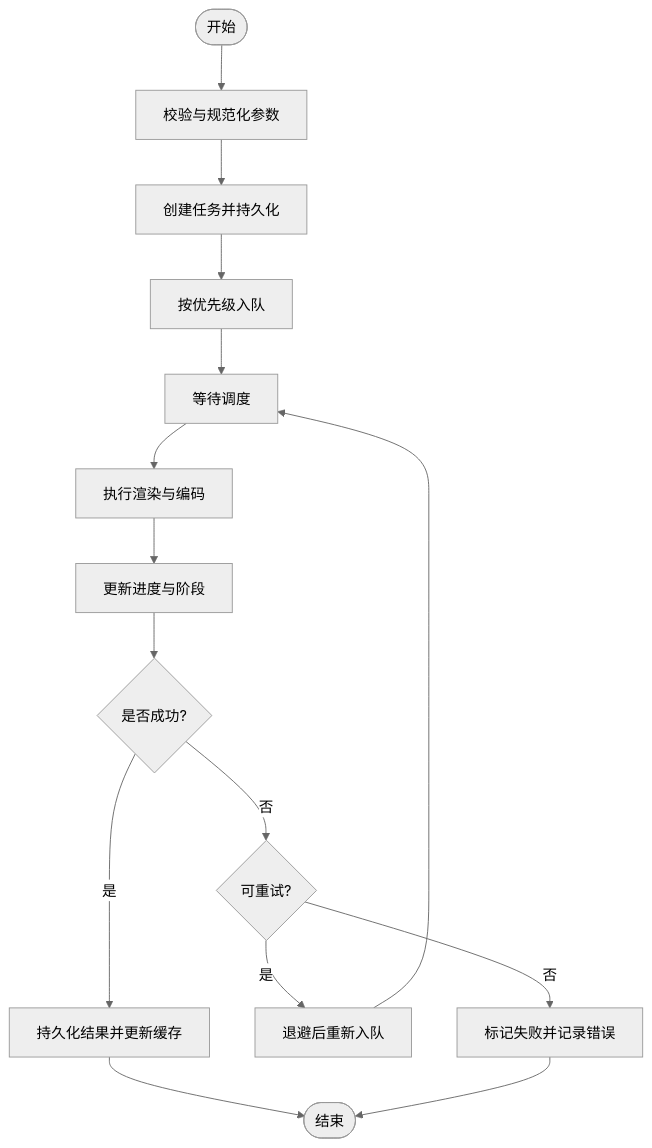
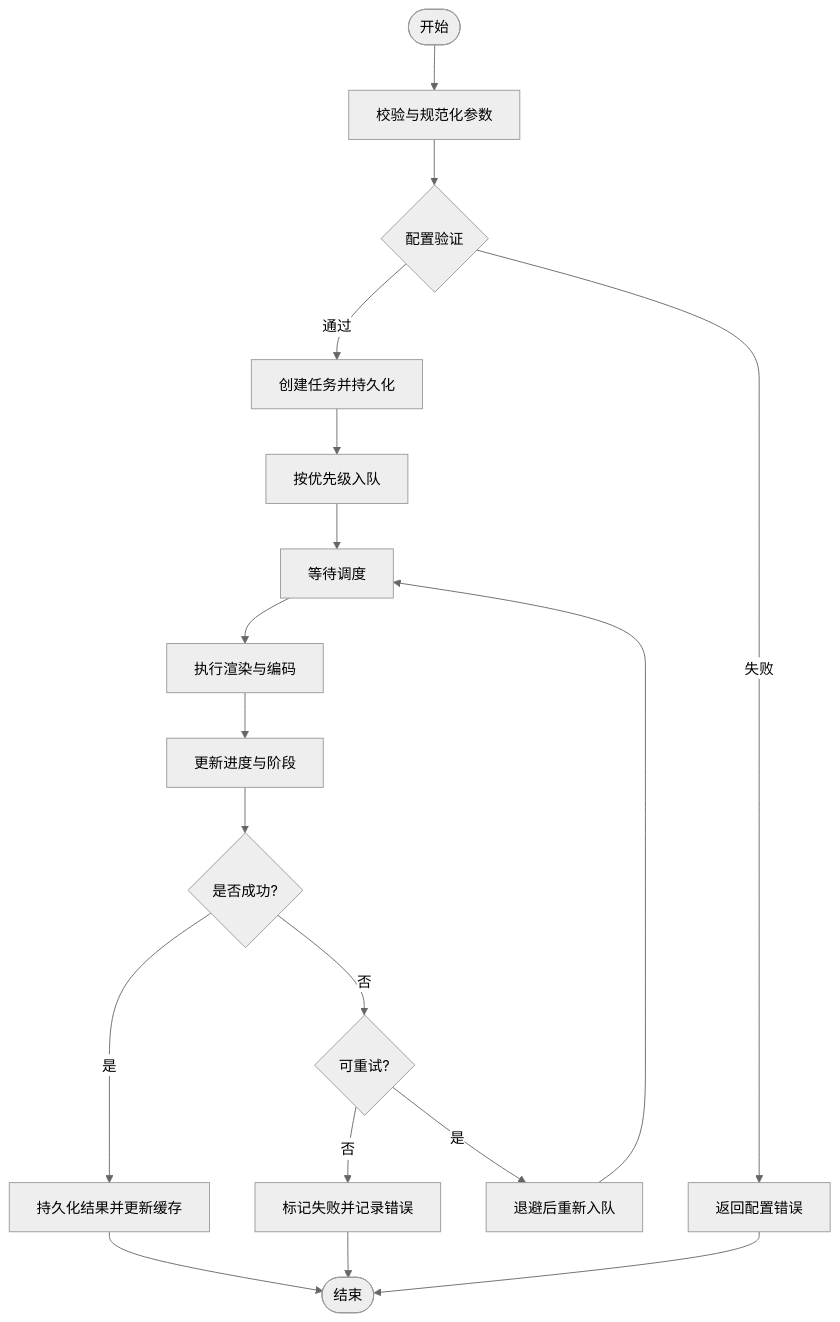
The third of 10 diagrams in .qoder/repowiki/zh/content/核心功能模块/渲染引擎/导出服务.md (AIMFllyYS/code-video-canvas), drawn with Mermaid (neutral theme) before and after one commit. The commit also changed other lines of this file and 31 other files, not shown here.

````diff
--- a/.qoder/repowiki/zh/content/核心功能模块/渲染引擎/导出服务.md
+++ b/.qoder/repowiki/zh/content/核心功能模块/渲染引擎/导出服务.md
@@ -176,17 +220,20 @@
 ```mermaid
 flowchart TD
 Start(["开始"]) --> Validate["校验与规范化参数"]
-Validate --> CreateTask["创建任务并持久化"]
+Validate --> ConfigCheck{"配置验证"}
+ConfigCheck --> |通过| CreateTask["创建任务并持久化"]
+ConfigCheck --> |失败| ConfigError["返回配置错误"]
 CreateTask --> Enqueue["按优先级入队"]
 Enqueue --> Wait["等待调度"]
 Wait --> Run["执行渲染与编码"]
 Run --> UpdateProgress["更新进度与阶段"]
 UpdateProgress --> Success{"是否成功?"}
 Success --> |是| PersistResult["持久化结果并更新缓存"]
 Success --> |否| RetryCheck{"可重试?"}
 RetryCheck --> |是| Backoff["退避后重新入队"]
 RetryCheck --> |否| Fail["标记失败并记录错误"]
 PersistResult --> End(["结束"])
 Backoff --> Wait
 Fail --> End
+ConfigError --> End
 ```
````
